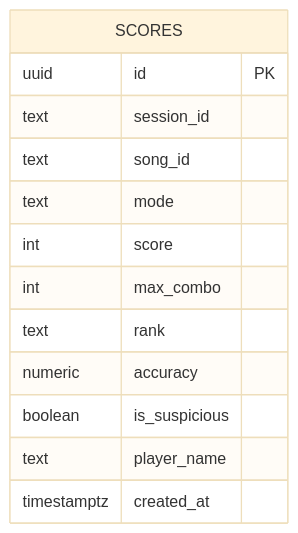
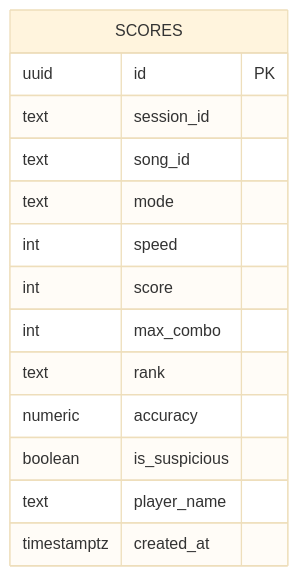
One commit to syusyusyusyu/star changed the seventh of 11 diagrams in README.md. Above: the diagram before and after it, drawn with Mermaid (base theme). The commit also changed other lines of this file and 15 other files, not shown here.

````diff
--- a/README.md
+++ b/README.md
@@ -363,16 +381,17 @@
 ```mermaid
 erDiagram
   SCORES {
     uuid id PK
     text session_id
     text song_id
     text mode
+    int speed
     int score
     int max_combo
     text rank
     numeric accuracy
     boolean is_suspicious
     text player_name
     timestamptz created_at
   }
 ```
````
